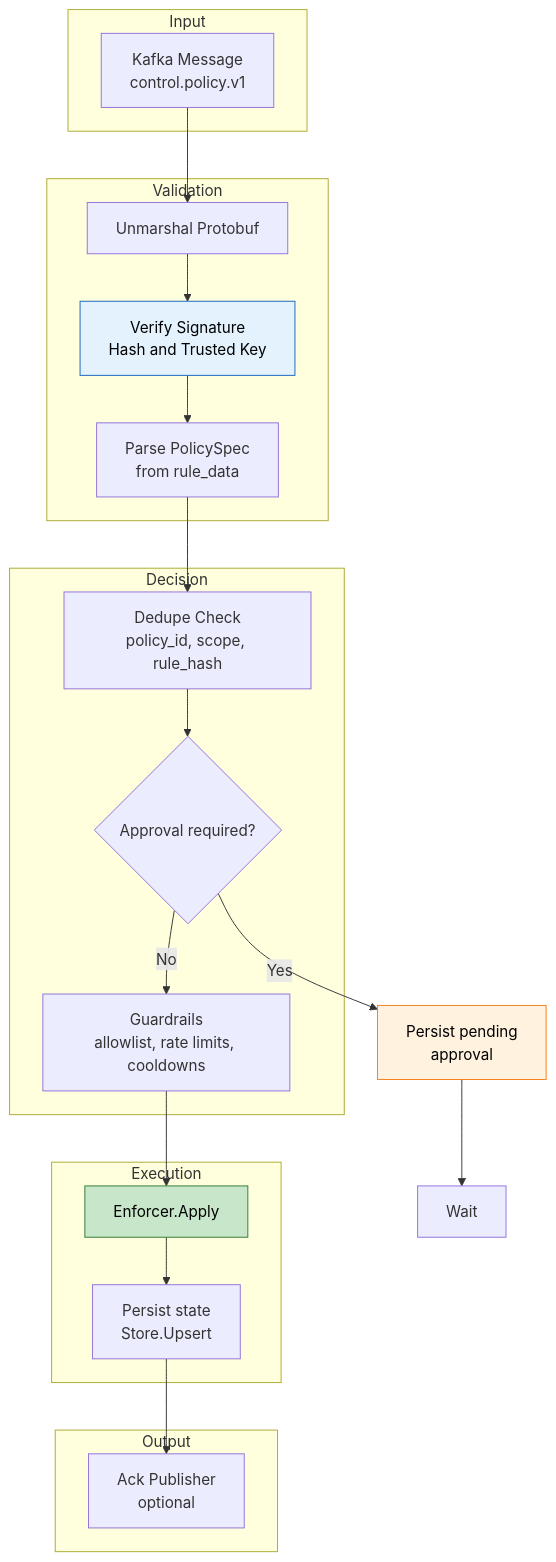
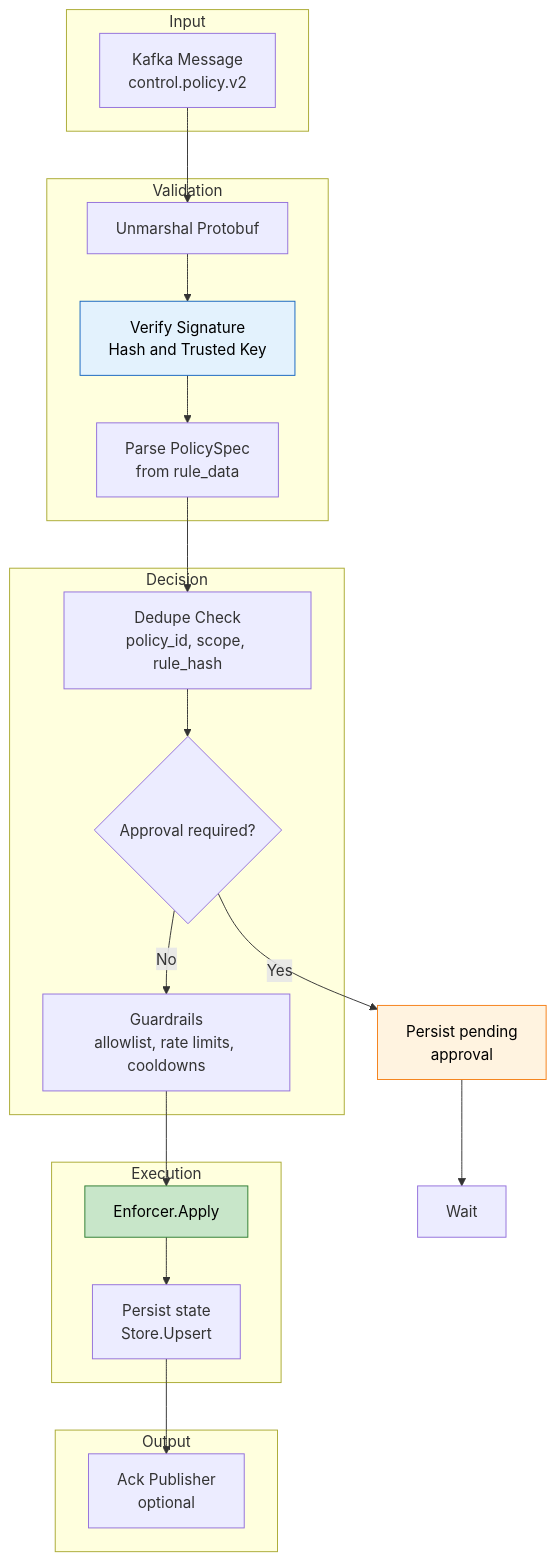
One commit to EveShark/CyberMesh changed the fifth of 12 diagrams in docs/design/LLD-enforcement-agent.md. Above: the diagram before and after it, drawn with Mermaid. The commit also changed other lines of this file and 35 other files, not shown here.

Commit message:
Migrate control policy runtime and signing to v2

````diff
--- a/docs/design/LLD-enforcement-agent.md
+++ b/docs/design/LLD-enforcement-agent.md
@@ -160,35 +160,35 @@
 ```mermaid
 flowchart TB
     subgraph Input
-        K[Kafka Message<br/>control.policy.v1]
+        K[Kafka Message<br/>control.policy.v2]
     end
     
     subgraph Validation
         U[Unmarshal Protobuf]
         V[Verify Signature<br/>Hash and Trusted Key]
         P[Parse PolicySpec<br/>from rule_data]
     end
     
     subgraph Decision
         D[Dedupe Check<br/>policy_id, scope, rule_hash]
         A{Approval required?}
         G[Guardrails<br/>allowlist, rate limits, cooldowns]
     end
     
     subgraph Execution
         EN[Enforcer.Apply]
         ST[Persist state<br/>Store.Upsert]
     end
     
     subgraph Output
         ACK[Ack Publisher<br/>optional]
     end
     
     K --> U --> V --> P --> D --> A
     A -->|Yes| HOLD[Persist pending<br/>approval] --> END[Wait]
     A -->|No| G --> EN --> ST --> ACK
     
     style V fill:#e3f2fd,stroke:#1565c0,color:#000;
     style EN fill:#c8e6c9,stroke:#2e7d32,color:#000;
     style HOLD fill:#fff3e0,stroke:#f57f17,color:#000;
 ```
````
